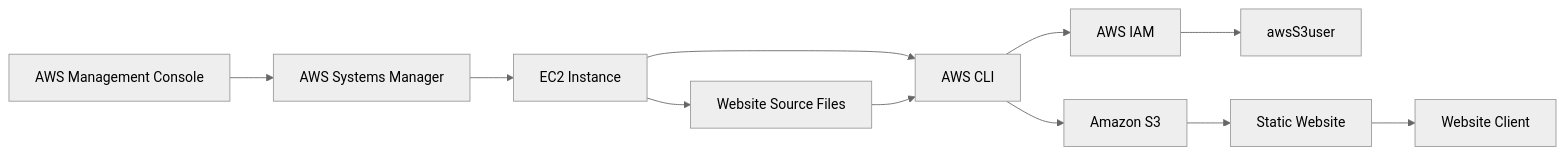
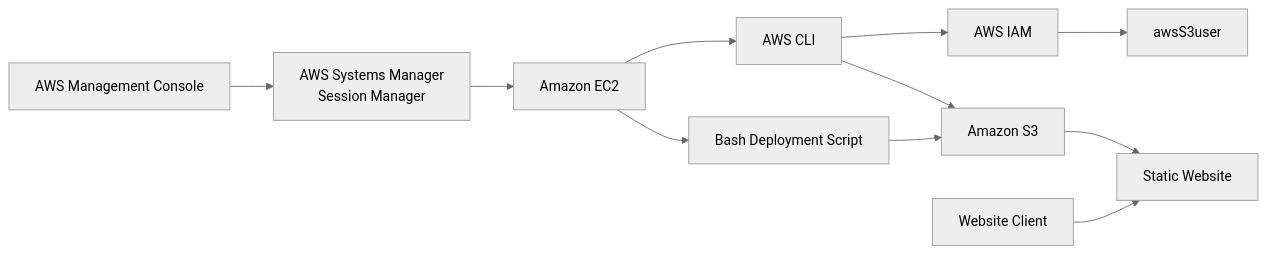
The first of 4 diagrams in 06-s3-website/README.md (laisrdrgs/cloud-labs), drawn with Mermaid (neutral theme) before and after one commit. The commit also changed other lines of this file, not shown here.

First line of the commit message:
Revise README for clarity on S3 website deployment

````diff
--- a/06-s3-website/README.md
+++ b/06-s3-website/README.md
@@ -23,17 +19,27 @@
-```mermaid
+```mermaid id="f7r3xq"
 flowchart LR
-    A["AWS Management Console"] --> B["AWS Systems Manager"]
-    B --> C["EC2 Instance"]
+    CONSOLE["AWS Management Console"]
+    SSM["AWS Systems Manager<br/>Session Manager"]
+    EC2["Amazon EC2"]
+    CLI["AWS CLI"]
+    IAM["AWS IAM"]
+    USER["awsS3user"]
+    S3["Amazon S3"]
+    SITE["Static Website"]
+    CLIENT["Website Client"]
+    SCRIPT["Bash Deployment Script"]
 
-    C --> D["AWS CLI"]
+    CONSOLE --> SSM
+    SSM --> EC2
+    EC2 --> CLI
 
-    D --> E["AWS IAM"]
-    E --> F["awsS3user"]
+    CLI --> IAM
+    IAM --> USER
 
-    D --> G["Amazon S3"]
-    G --> H["Static Website"]
-    H --> I["Website Client"]
+    CLI --> S3
+    EC2 --> SCRIPT
+    SCRIPT --> S3
 
-    C --> J["Website Source Files"]
-    J --> D
+    S3 --> SITE
+    CLIENT --> SITE
 ```
````
